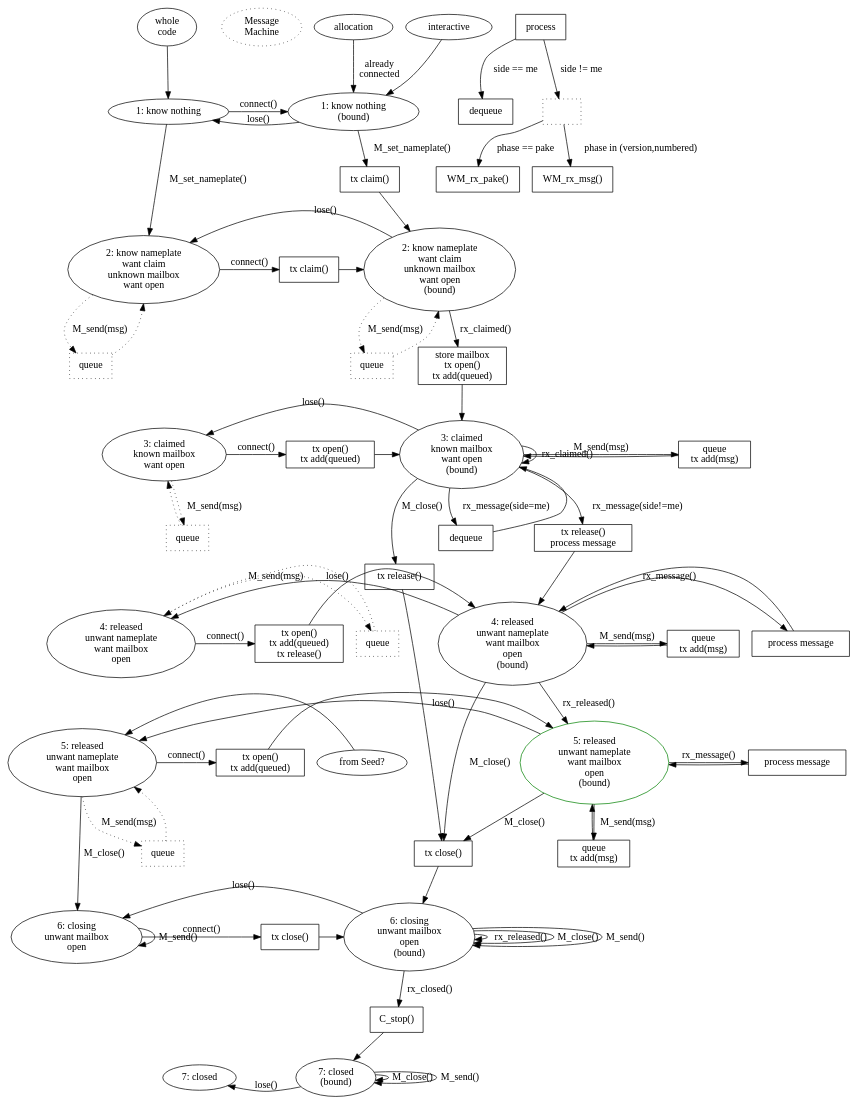
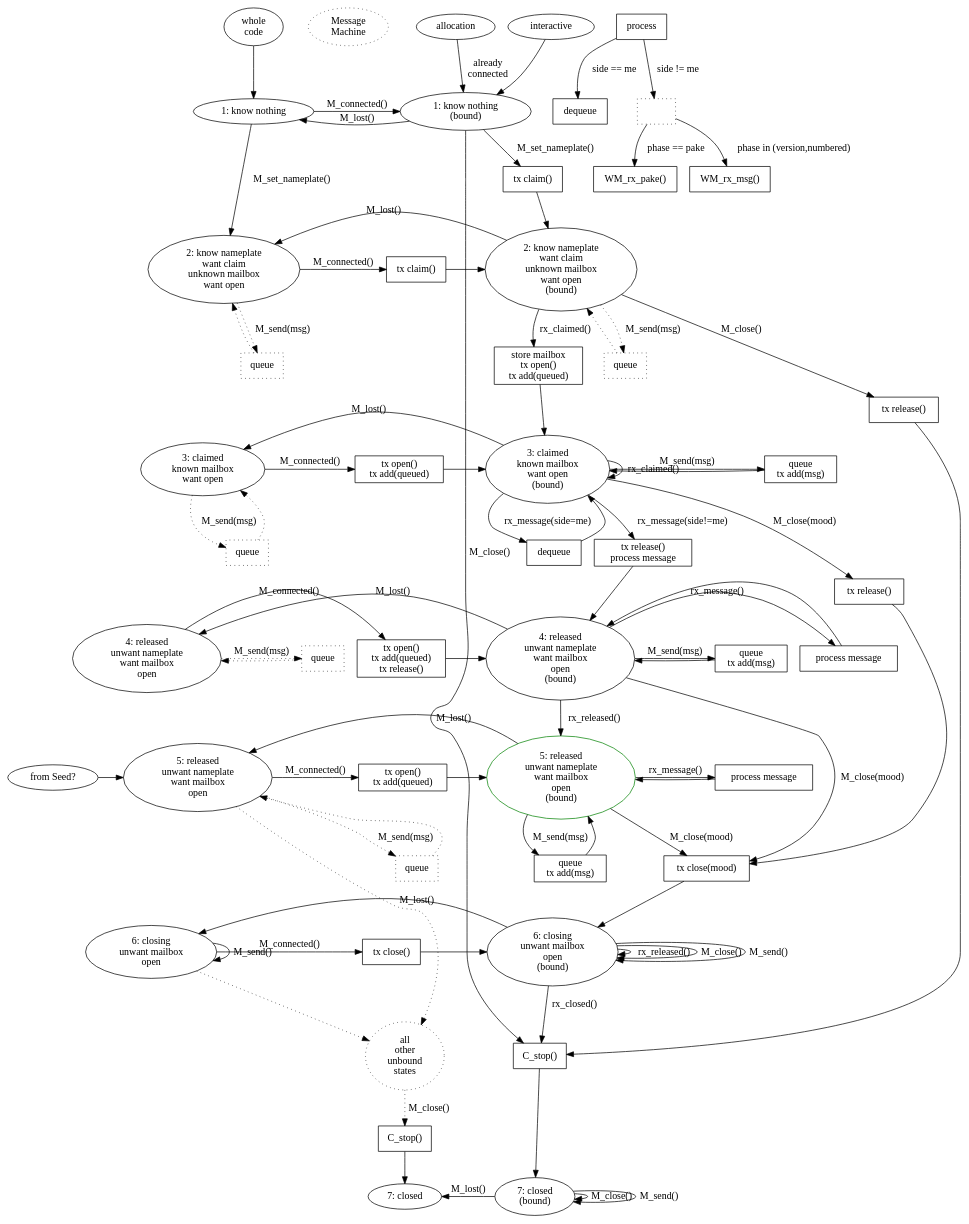
One commit to magic-wormhole/magic-wormhole changed the diagram in docs/w2.dot. Above: the diagram before and after it, drawn with Graphviz. The commit also changed 1 other file, not shown here.

Commit message:
just might work. close() mapped out.
Starting to draw a distinction between clean-close and abrupt-halt. At least,
if we're in the connected state, wormhole.close() should take its time and
free up server-side resources (nameplate/mailbox) right away, rather than
relying on GC/timeouts to release them.

It might be useful to make separate "clean" wormhole.close() and "abrupt"
wormhole.halt() API calls, except that really when would you ever call halt?
To be realistic, only one of two things will happen:

* connection happens normally, app finishes, calls "clean" close()
* app terminates suddenly, via exception or SIGINT

The problem with defining .close() is that I have to make it work sensibly
from any state, not just the one plausible "connected" state. Providing
.halt() requires defining its behavior from everywhere else.

```diff
--- a/docs/w2.dot
+++ b/docs/w2.dot
@@ -1,160 +1,183 @@
 digraph {
         /* new idea */
 
         {rank=same; M_entry_whole_code M_title M_entry_allocation M_entry_interactive}
         M_entry_whole_code [label="whole\ncode"]
         M_entry_whole_code -> M_S1
         M_title [label="Message\nMachine" style="dotted"]
         M_entry_whole_code -> M_title [style="invis"]
         M_entry_allocation [label="allocation"]
         M_entry_allocation -> M_S1B [label="already\nconnected"]
         M_entry_interactive [label="interactive"]
         M_entry_interactive -> M_S1B
 
         {rank=same; M_S1 M_S1B}
         M_S1 [label="1: know nothing"]
         M_S1B [label="1: know nothing\n(bound)"]
-        M_S1 -> M_S1B [label="connect()"]
-        M_S1B -> M_S1 [label="lose()"]
+        M_S1 -> M_S1B [label="M_connected()"]
+        M_S1B -> M_S1 [label="M_lost()"]
 
         M_S1 -> M_S2 [label="M_set_nameplate()"]
         M_S1B -> M_P_claim1 [label="M_set_nameplate()"]
         M_P_claim1 [shape="box" label="tx claim()"]
         M_P_claim1 -> M_S2B
 
         {rank=same; M_S2 M_S2B M_P_claim2}
         M_S2 [label="2: know nameplate\nwant claim\nunknown mailbox\nwant open"]
         M_S2B [label="2: know nameplate\nwant claim\nunknown mailbox\nwant open\n(bound)"]
-        M_S2 -> M_P_claim2 [label="connect()"]
-        M_S2B -> M_S2 [label="lose()"]
+        M_S2 -> M_P_claim2 [label="M_connected()"]
+        M_S2B -> M_S2 [label="M_lost()"]
         M_P_claim2 [shape="box" label="tx claim()"]
         M_P_claim2 -> M_S2B
         M_S2 -> M_P2_queue [label="M_send(msg)" style="dotted"]
         M_P2_queue [shape="box" label="queue" style="dotted"]
         M_P2_queue -> M_S2 [style="dotted"]
         M_S2B -> M_P2B_queue [label="M_send(msg)" style="dotted"]
         M_P2B_queue [shape="box" label="queue" style="dotted"]
         M_P2B_queue -> M_S2B [style="dotted"]
 
         M_S2 -> M_S3 [label="(none)" style="invis"]
         M_S2B -> M_P_open [label="rx_claimed()"]
         M_P_open [shape="box" label="store mailbox\ntx open()\ntx add(queued)"]
         M_P_open -> M_S3B
 
         {rank=same; M_S3 M_S3B M_P3_open M_P3_send}
         M_S3 [label="3: claimed\nknown mailbox\nwant open"]
         M_S3B [label="3: claimed\nknown mailbox\nwant open\n(bound)"]
-        M_S3 -> M_P3_open [label="connect()"]
-        M_S3B -> M_S3 [label="lose()"]
-        /*M_S3B -> M_S2 [label="lose()"]*/ /* not worth it */
+        M_S3 -> M_P3_open [label="M_connected()"]
+        M_S3B -> M_S3 [label="M_lost()"]
+        /*M_S3B -> M_S2 [label="M_lost()"]*/ /* not worth it */
         M_P3_open [shape="box" label="tx open()\ntx add(queued)"]
         M_P3_open -> M_S3B
         M_S3B -> M_S3B [label="rx_claimed()"]
         M_S3B -> M_P3_send [label="M_send(msg)"]
         M_P3_send [shape="box" label="queue\ntx add(msg)"]
         M_P3_send -> M_S3B
         M_S3 -> M_P3_queue [label="M_send(msg)" style="dotted"]
         M_P3_queue [shape="box" label="queue" style="dotted"]
         M_P3_queue -> M_S3 [style="dotted"]
 
         M_S3 -> M_S4 [label="(none)" style="invis"]
         M_S3B -> M_P3_process_ours [label="rx_message(side=me)"]
         M_P3_process_ours [shape="box" label="dequeue"]
         M_P3_process_ours -> M_S3B
         M_S3B -> M_P3_process_theirs [label="rx_message(side!=me)"]
         M_P3_process_theirs [shape="box" label="tx release()\nprocess message"]
+        /* pay attention to the race here: this process_message() will
+        deliver msg_pake to the WormholeMachine, which will compute_key() and
+        M_send(version), and we're inbetween M_S2 (where M_send gets queued)
+        and M_S3 (where M_send gets sent and queued), and we're no longer
+        passing through the M_P3_open phase (which drains the queue). So
+        there's a real possibility of the outbound msg_version getting
+        dropped on the floor, or put in a queue but never delivered. */
         M_P3_process_theirs -> M_S4B
-        M_S3B -> M_P3_close [label="M_close()"]
+        M_S3B -> M_P3_close [label="M_close(mood)"]
         M_P3_close [shape="box" label="tx release()\n"]
         M_P3_close -> M_P_close
 
         {rank=same; M_S4 M_P4_release M_S4B M_P4_process M_P4_send M_P4_queue}
         M_S4 [label="4: released\nunwant nameplate\nwant mailbox\nopen\n"]
 
         M_S4B [label="4: released\nunwant nameplate\nwant mailbox\nopen\n(bound)"]
-        M_S4 -> M_P4_release [label="connect()"]
+        M_S4 -> M_P4_release [label="M_connected()"]
         /* it is currently an error to release a nameplate you aren't
         currently claiming, so release() is not idempotent. #118 fixes that */
         M_P4_release [shape="box" label="tx open()\ntx add(queued)\ntx release()"]
         /*M_S4B -> M_S4B [label="rx_claimed() *#118"]*/
-        M_S4B -> M_P_close [label="M_close()"]
+        M_S4B -> M_P_close [label="M_close(mood)"]
         M_S4B -> M_P4_send [label="M_send(msg)"]
         M_P4_send [shape="box" label="queue\ntx add(msg)"]
         M_P4_send -> M_S4B
         M_S4 -> M_P4_queue [label="M_send(msg)" style="dotted"]
         M_P4_queue [shape="box" label="queue" style="dotted"]
         M_P4_queue -> M_S4 [style="dotted"]
 
         M_P4_release -> M_S4B
-        M_S4B -> M_S4 [label="lose()"]
-        /*M_S4B -> M_S2 [label="lose()"]*/
+        M_S4B -> M_S4 [label="M_lost()"]
+        /*M_S4B -> M_S2 [label="M_lost()"]*/
         M_S4B -> M_P4_process [label="rx_message()"]
         M_P4_process [shape="box" label="process message"]
         M_P4_process -> M_S4B
 
         M_S4 -> M_S5 [label="(none)" style="invis"]
         M_S4B -> M_S5B [label="rx_released()"]
 
         seed [label="from Seed?"]
+        M_S3 -> seed [style="invis"]
+        M_S4 -> seed [style="invis"]
         seed -> M_S5
         {rank=same; seed M_S5 M_S5B M_P5_open M_P5_process}
         M_S5 [label="5: released\nunwant nameplate\nwant mailbox\nopen\n"]
         M_S5B [label="5: released\nunwant nameplate\nwant mailbox\nopen\n(bound)" color="green"]
-        M_S5 -> M_P5_open [label="connect()"]
+        M_S5 -> M_P5_open [label="M_connected()"]
         M_P5_open [shape="box" label="tx open()\ntx add(queued)"]
         M_P5_open -> M_S5B
-        M_S5B -> M_S5 [label="lose()"]
+        M_S5B -> M_S5 [label="M_lost()"]
         M_S5B -> M_P5_process [label="rx_message()"]
         M_P5_process [shape="box" label="process message"]
         M_P5_process -> M_S5B
         M_S5B -> M_P5_send [label="M_send(msg)"]
         M_P5_send [shape="box" label="queue\ntx add(msg)"]
         M_P5_send -> M_S5B
         M_S5 -> M_P5_queue [label="M_send(msg)" style="dotted"]
         M_P5_queue [shape="box" label="queue" style="dotted"]
         M_P5_queue -> M_S5 [style="dotted"]
 
-        M_S5 -> M_S6 [label="M_close()"]
-        /*M_S5 -> M_P7_drop [label="M_close()"]*/
-        M_S5B -> M_P_close [label="M_close()"]
-        M_P_close [shape="box" label="tx close()"]
+        M_S5 -> M_S6 [style="invis"]
+        M_S5B -> M_P_close [label="M_close(mood)"]
+        M_P_close [shape="box" label="tx close(mood)"]
         M_P_close -> M_S6B
 
         {rank=same; M_S6 M_P6_close M_S6B}
         M_S6 [label="6: closing\nunwant mailbox\nopen\n"]
         M_S6B [label="6: closing\nunwant mailbox\nopen\n(bound)"]
-        M_S6 -> M_P6_close [label="connect()"]
+        M_S6 -> M_P6_close [label="M_connected()"]
         M_P6_close [shape="box" label="tx close()"]
         M_P6_close -> M_S6B
-        M_S6B -> M_S6 [label="lose()"]
+        M_S6B -> M_S6 [label="M_lost()"]
         M_S6B -> M_S6B [label="rx_released()"]
         M_S6B -> M_S6B [label="M_close()"]
         M_S6B -> M_S6B [label="M_send()"]
         M_S6 -> M_S6 [label="M_send()"]
 
         M_S6 -> M_S7 [label="(none)" style="invis"]
-        /*M_S6 -> M_P7_drop [label="M_close()"]*/
+        {rank=same; M_other_closes M_P7_drop}
+        M_other_closes [label="all\nother\nunbound\nstates" style="dotted"]
+        M_other_closes -> M_P7_stop [label="M_close()" style="dotted"]
+        M_P7_stop [shape="box" label="C_stop()"]
+        M_P7_stop -> M_S7
+        /*M_S1 -> M_other_closes [label="M_close()"]
+        M_S2 -> M_other_closes [label="M_close()"]
+        M_S3 -> M_other_closes [label="M_close()"]
+        M_S4 -> M_other_closes [label="M_close()"]*/
+        M_S5 -> M_other_closes [style="dotted"]
+        /*M_S6 -> M_P7_stop [label="M_close()"]*/
+        M_S6 -> M_other_closes [style="dotted"]
+        M_S1B -> M_P7_drop [label="M_close()"]
+        M_S2B -> M_P2_drop [label="M_close()"]
+        M_P2_drop [shape="box" label="tx release()"]
+        M_P2_drop -> M_P7_drop
         M_S6B -> M_P7_drop [label="rx_closed()"]
         M_P7_drop [shape="box" label="C_stop()"]
         M_P7_drop -> M_S7B
 
         {rank=same; M_S7 M_S7B}
         M_S7 [label="7: closed\n"]
         M_S7B [label="7: closed\n(bound)"]
-        M_S7 -> M_S7B [label="connect()" style="invis"]
-        M_S7B -> M_S7 [label="lose()"]
+        M_S7 -> M_S7B [style="invis"]
+        M_S7B -> M_S7 [label="M_lost()"]
         M_S7B -> M_S7B [label="M_close()"]
         M_S7B -> M_S7B [label="M_send()"]
 
 
         M_process [shape="box" label="process"]
         M_process_me [shape="box" label="dequeue"]
         M_process -> M_process_me [label="side == me"]
         M_process_them [shape="box" label="" style="dotted"]
         M_process -> M_process_them [label="side != me"]
         M_process_them -> M_process_pake [label="phase == pake"]
         M_process_pake [shape="box" label="WM_rx_pake()"]
         M_process_them -> M_process_other [label="phase in (version,numbered)"]
         M_process_other [shape="box" label="WM_rx_msg()"]
 
 }
```
